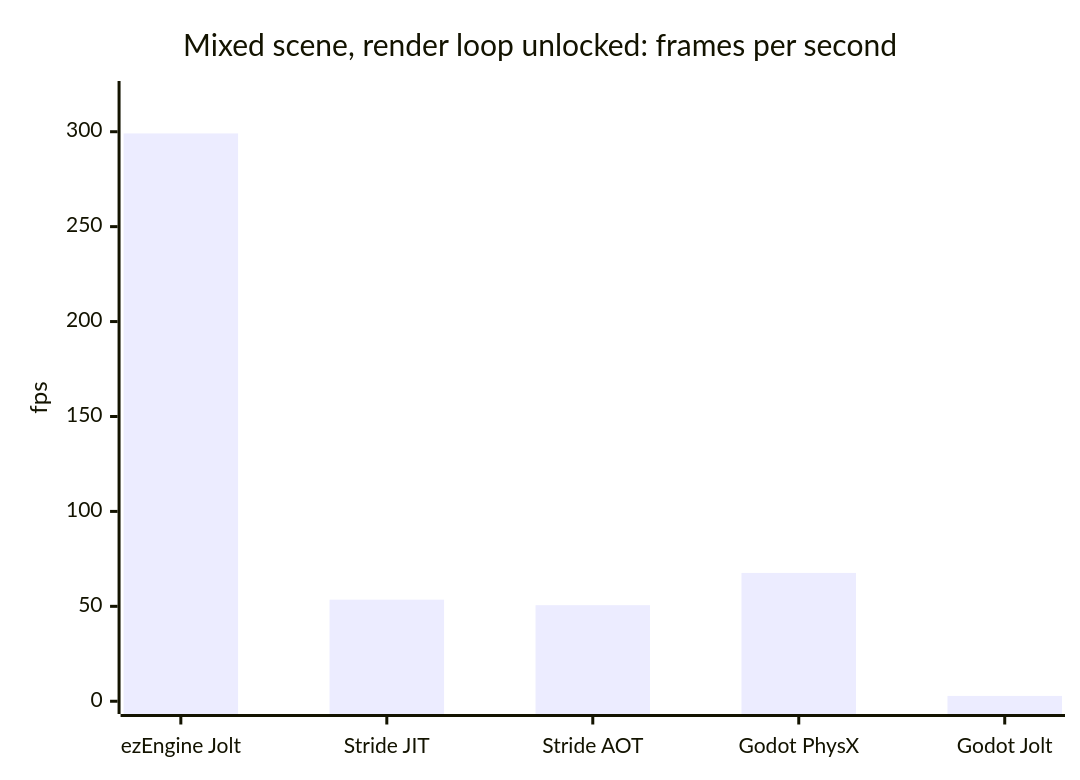
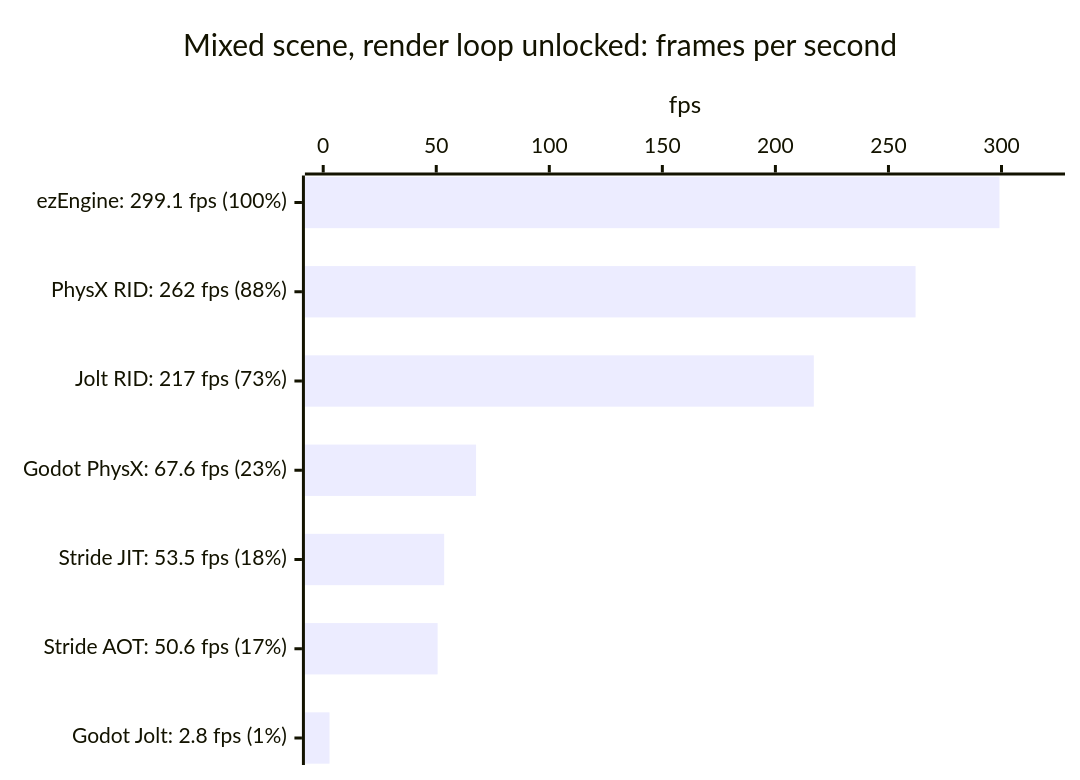
The fourth of 6 diagrams in README.md (CreatoramaStudio/QuestMark), drawn with Mermaid before and after one commit. The commit also changed other lines of this file and 1 other file, not shown here.

Commit message:
Docs: body API A/B for Jolt and the PhysX fork (12.3), PhysX fork ranked 3a above Godot Jolt 3b, README quick start and sorted horizontal charts with percent of best

````diff
--- a/README.md
+++ b/README.md
@@ -60,7 +79,7 @@
 ```mermaid
-xychart-beta
+xychart-beta horizontal
     title "Mixed scene, render loop unlocked: frames per second"
-    x-axis ["ezEngine Jolt", "Stride JIT", "Stride AOT", "Godot PhysX", "Godot Jolt"]
+    x-axis ["ezEngine: 299.1 fps (100%)", "PhysX RID: 262 fps (88%)", "Jolt RID: 217 fps (73%)", "Godot PhysX: 67.6 fps (23%)", "Stride JIT: 53.5 fps (18%)", "Stride AOT: 50.6 fps (17%)", "Godot Jolt: 2.8 fps (1%)"]
     y-axis "fps" 0 --> 320
-    bar [299.1, 53.5, 50.6, 67.6, 2.8]
+    bar [299.1, 262, 217, 67.6, 53.5, 50.6, 2.8]
 ```
````
